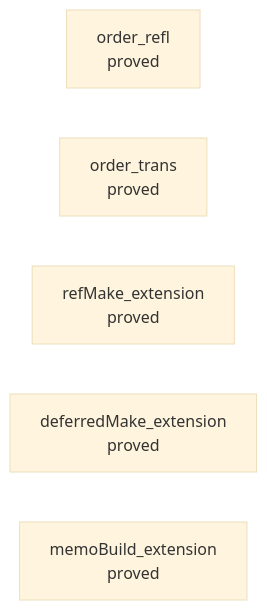
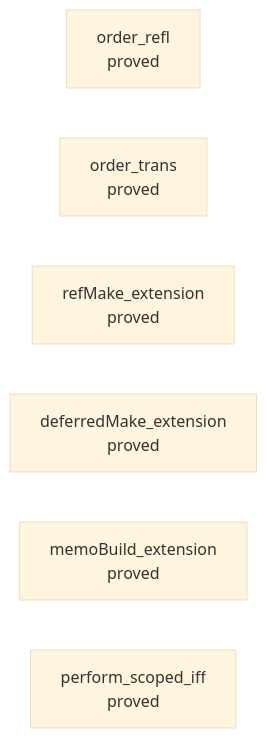
Before and after one commit to pure-algebra/lean4-effect4: the fourth of 13 diagrams in generated/semantics.md, drawn with Mermaid (base theme). The commit also changed other lines of this file and 17 other files, not shown here.

````diff
--- a/generated/semantics.md
+++ b/generated/semantics.md
@@ -1864,8 +1872,9 @@
 ```mermaid
 flowchart LR
   n0["order_refl<br/>proved"]
   n1["order_trans<br/>proved"]
   n2["refMake_extension<br/>proved"]
   n3["deferredMake_extension<br/>proved"]
   n4["memoBuild_extension<br/>proved"]
+  n5["perform_scoped_iff<br/>proved"]
 ```
````
